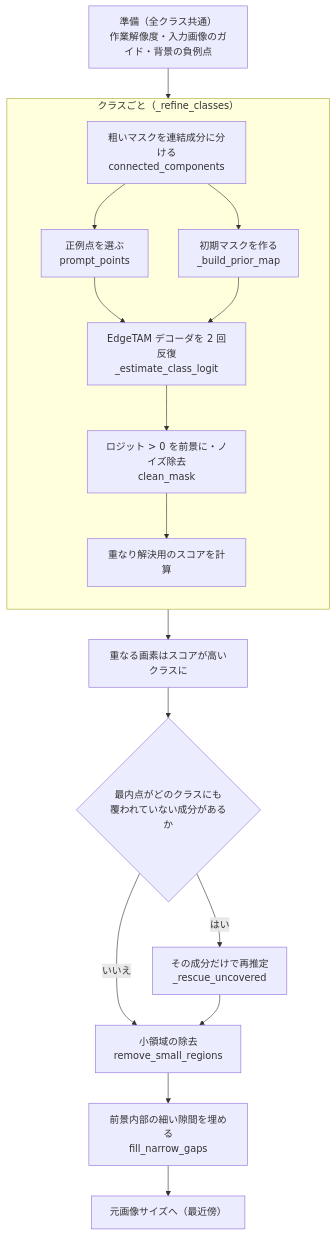
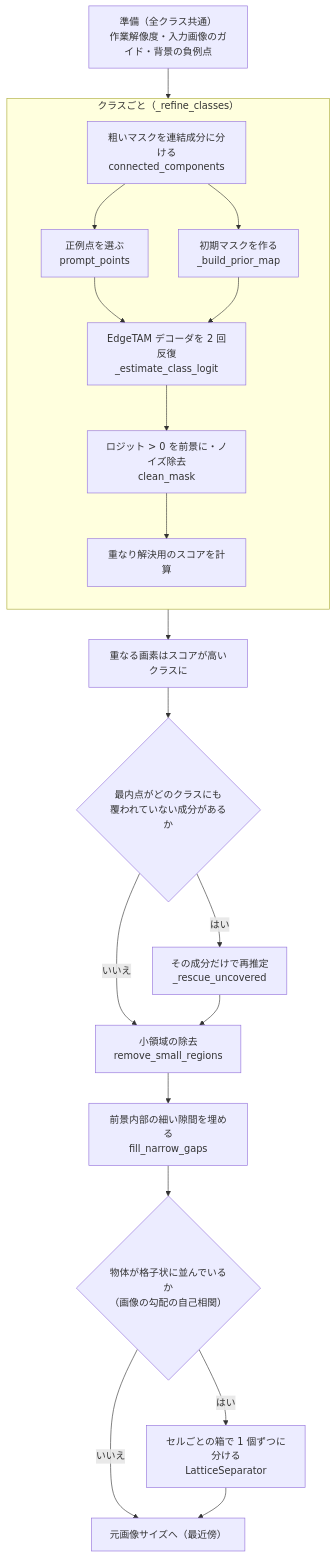
One commit to fklg-64/pe_anything_detect changed the first of 7 diagrams in docs/detailed_segmentation.md. Above: the diagram before and after it, drawn with Mermaid. The commit also changed other lines of this file and 12 other files, not shown here.

````diff
--- a/docs/detailed_segmentation.md
+++ b/docs/detailed_segmentation.md
@@ -15,22 +15,25 @@
 ```mermaid
 flowchart TD
     S["準備（全クラス共通）<br/>作業解像度・入力画像のガイド・背景の負例点"] --> L
 
     subgraph L["クラスごと（_refine_classes）"]
         direction TB
         L1["粗いマスクを連結成分に分ける<br/>connected_components"] --> L2["正例点を選ぶ<br/>prompt_points"]
         L1 --> L3["初期マスクを作る<br/>_build_prior_map"]
         L2 --> L4["EdgeTAM デコーダを 2 回反復<br/>_estimate_class_logit"]
         L3 --> L4
         L4 --> L5["ロジット > 0 を前景に・ノイズ除去<br/>clean_mask"]
         L5 --> L6["重なり解決用のスコアを計算"]
     end
 
     L --> M["重なる画素はスコアが高いクラスに"]
     M --> N{"最内点がどのクラスにも<br/>覆われていない成分があるか"}
     N -->|はい| O["その成分だけで再推定<br/>_rescue_uncovered"]
     N -->|いいえ| P
     O --> P["小領域の除去<br/>remove_small_regions"]
     P --> Q["前景内部の細い隙間を埋める<br/>fill_narrow_gaps"]
-    Q --> R["元画像サイズへ（最近傍）"]
+    Q --> G{"物体が格子状に並んでいるか<br/>（画像の勾配の自己相関）"}
+    G -->|はい| H["セルごとの箱で 1 個ずつに分ける<br/>LatticeSeparator"]
+    G -->|いいえ| R
+    H --> R["元画像サイズへ（最近傍）"]
 ```
````
